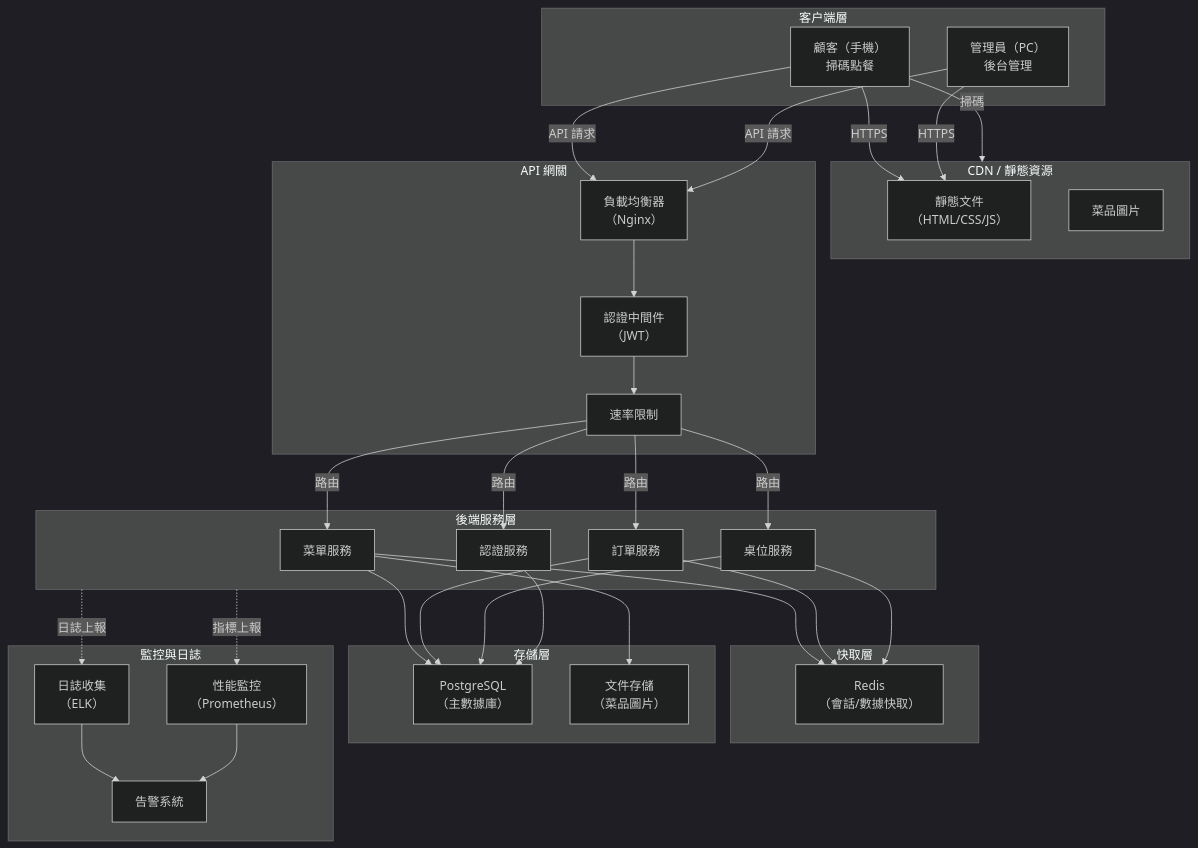
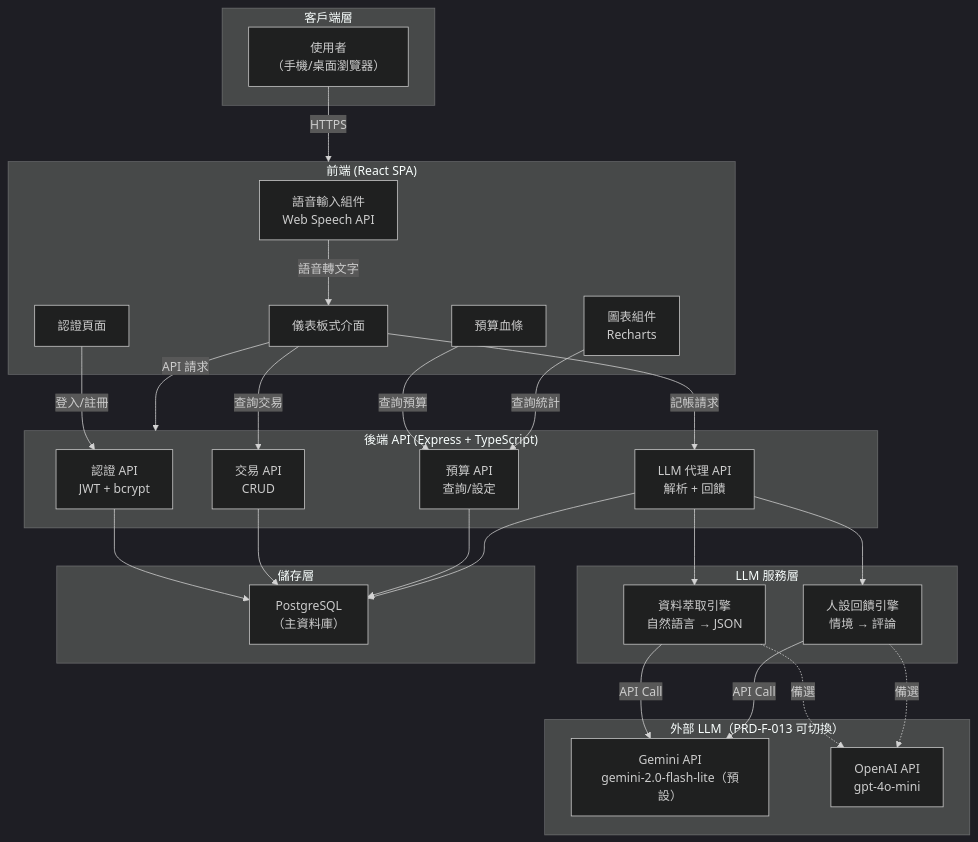
One commit to robin-li/Vibe-SDLC changed the first of 2 diagrams in .claude/skills/vibe-sdlc-p1-spec/examples/docs/01-2-SRD.md. Above: the diagram before and after it, drawn with Mermaid (dark theme). The commit also changed other lines of this file and 31 other files, not shown here.

````diff
--- a/.claude/skills/vibe-sdlc-p1-spec/examples/docs/01-2-SRD.md
+++ b/.claude/skills/vibe-sdlc-p1-spec/examples/docs/01-2-SRD.md
@@ -168,70 +160,56 @@
 ```mermaid
 graph TB
-    subgraph Client["客户端層"]
-        Customer["顧客（手機）<br/>掃碼點餐"]
-        Admin["管理員（PC）<br/>後台管理"]
+    subgraph Client["客戶端層"]
+        User["使用者<br/>（手機/桌面瀏覽器）"]
     end
 
-    subgraph CDN["CDN / 靜態資源"]
-        ASSETS["靜態文件<br/>（HTML/CSS/JS）"]
-        Images["菜品圖片"]
+    subgraph Frontend["前端 (React SPA)"]
+        VoiceInput["語音輸入組件<br/>Web Speech API"]
+        Dashboard["儀表板式介面"]
+        BudgetBar["預算血條"]
+        Charts["圖表組件<br/>Recharts"]
+        AuthUI["認證頁面"]
     end
 
-    subgraph Gateway["API 網關"]
-        LB["負載均衡器<br/>（Nginx）"]
-        Auth["認證中間件<br/>（JWT）"]
-        RateLimit["速率限制<br/>"]
+    subgraph Backend["後端 API (Express + TypeScript)"]
+        AuthAPI["認證 API<br/>JWT + bcrypt"]
+        TransactionAPI["交易 API<br/>CRUD"]
+        BudgetAPI["預算 API<br/>查詢/設定"]
+        LLMAPI["LLM 代理 API<br/>解析 + 回饋"]
     end
 
-    subgraph Backend["後端服務層"]
-        MenuService["菜單服務"]
-        OrderService["訂單服務"]
-        TableService["桌位服務"]
-        AuthService["認證服務"]
+    subgraph LLMLayer["LLM 服務層"]
+        DataExtractor["資料萃取引擎<br/>自然語言 → JSON"]
+        PersonaEngine["人設回饋引擎<br/>情境 → 評論"]
     end
 
-    subgraph Cache["快取層"]
-        Redis["Redis<br/>（會話/數據快取）"]
+    subgraph ExternalLLM["外部 LLM（PRD-F-013 可切換）"]
+        Gemini["Gemini API<br/>gemini-2.0-flash-lite（預設）"]
+        OpenAI["OpenAI API<br/>gpt-4o-mini"]
     end
 
-    subgraph Storage["存儲層"]
-        DB["PostgreSQL<br/>（主數據庫）"]
-        FileStore["文件存儲<br/>（菜品圖片）"]
+    subgraph Storage["儲存層"]
+        DB["PostgreSQL<br/>（主資料庫）"]
     end
 
-    subgraph Monitor["監控與日誌"]
-        Logs["日誌收集<br/>（ELK）"]
-        Metrics["性能監控<br/>（Prometheus）"]
-        Alert["告警系統"]
-    end
+    User -->|HTTPS| Frontend
+    VoiceInput -->|語音轉文字| Dashboard
+    Dashboard -->|API 請求| Backend
+    AuthUI -->|登入/註冊| AuthAPI
+    Dashboard -->|記帳請求| LLMAPI
+    Dashboard -->|查詢交易| TransactionAPI
+    BudgetBar -->|查詢預算| BudgetAPI
+    Charts -->|查詢統計| BudgetAPI
 
-    Customer -->|HTTPS| ASSETS
-    Customer -->|掃碼| CDN
-    Admin -->|HTTPS| ASSETS
-    
-    Customer -->|API 請求| LB
-    Admin -->|API 請求| LB
-    
-    LB --> Auth
-    Auth --> RateLimit
-    RateLimit -->|路由| MenuService
-    RateLimit -->|路由| OrderService
-    RateLimit -->|路由| TableService
-    RateLimit -->|路由| AuthService
-    
-    MenuService --> Redis
-    OrderService --> Redis
-    TableService --> Redis
-    
-    MenuService --> DB
-    OrderService --> DB
-    TableService --> DB
-    AuthService --> DB
-    
-    MenuService --> FileStore
-    
-    Backend -.->|日誌上報| Logs
-    Backend -.->|指標上報| Metrics
-    Logs --> Alert
-    Metrics --> Alert
+    LLMAPI --> DataExtractor
+    LLMAPI --> PersonaEngine
+    DataExtractor -->|API Call| Gemini
+    DataExtractor -.->|備選| OpenAI
+    PersonaEngine -->|API Call| Gemini
+    PersonaEngine -.->|備選| OpenAI
+
+    AuthAPI --> DB
+    TransactionAPI --> DB
+    BudgetAPI --> DB
+    LLMAPI --> DB
 ```
````
